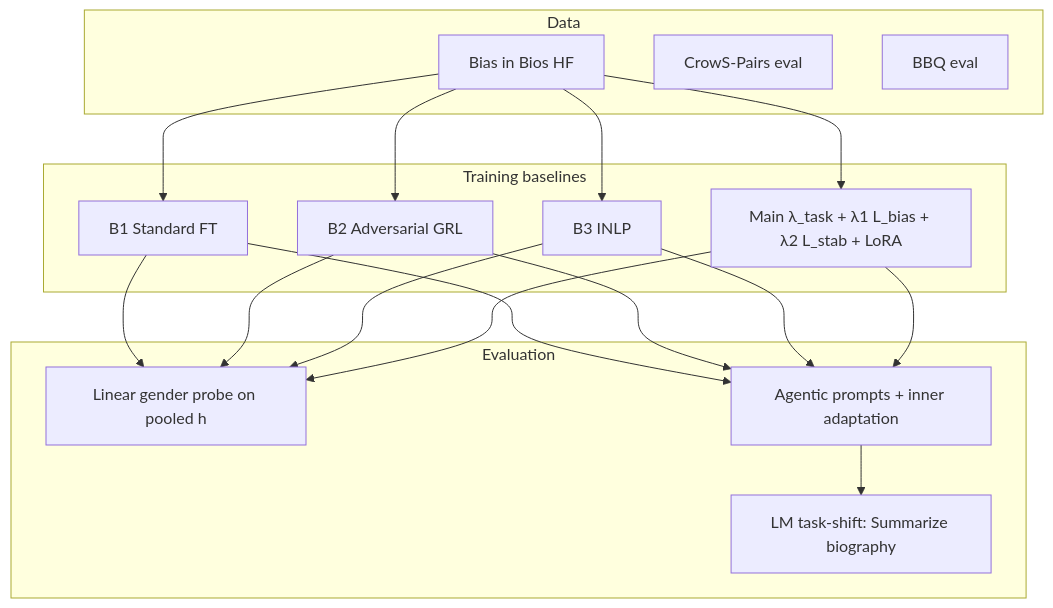
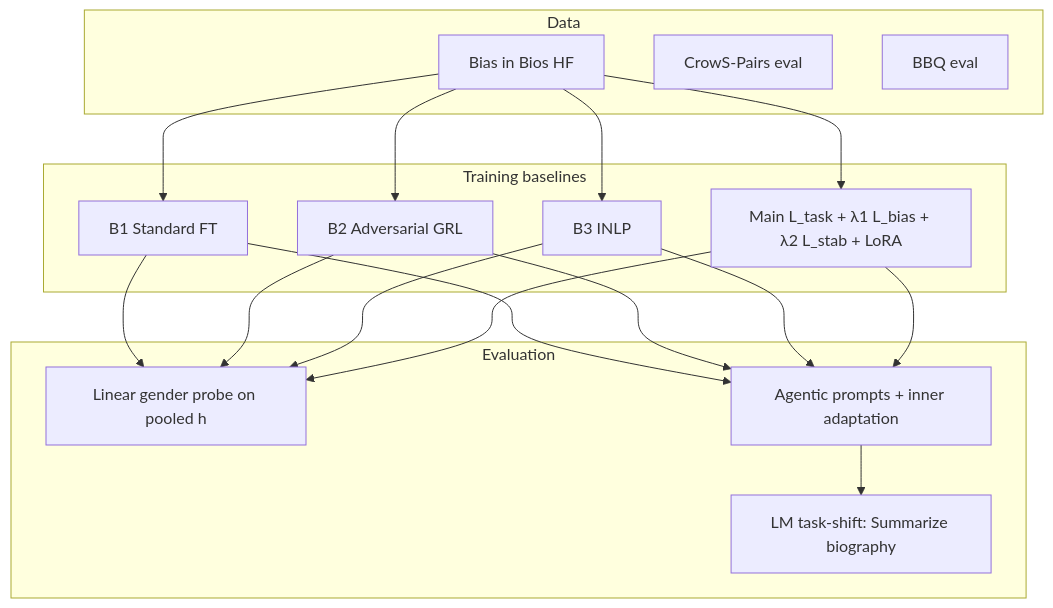
One commit to py9363/Latent-Bias-Regulated-Neural-Architecture-for-Agentic-Reasoning changed the diagram in README.md. Above: the diagram before and after it, drawn with Mermaid. The commit also changed other lines of this file and 18 other files, not shown here.

````diff
--- a/README.md
+++ b/README.md
@@ -18,26 +22,26 @@
 ```mermaid
 flowchart TB
   subgraph data [Data]
     BIO[Bias in Bios HF]
     CP[CrowS-Pairs eval]
     BBQ[BBQ eval]
   end
 
   subgraph train [Training baselines]
     B1[B1 Standard FT]
     B2[B2 Adversarial GRL]
     B3[B3 INLP]
-    M[Main λ_task + λ1 L_bias + λ2 L_stab + LoRA]
+    M[Main L_task + λ1 L_bias + λ2 L_stab + LoRA]
   end
 
   subgraph eval [Evaluation]
     PROBE[Linear gender probe on pooled h]
     AGENT[Agentic prompts + inner adaptation]
     LM[LM task-shift: Summarize biography]
   end
 
   BIO --> B1 & B2 & B3 & M
   B1 & B2 & B3 & M --> PROBE
   B1 & B2 & B3 & M --> AGENT
   AGENT --> LM
 ```
````
